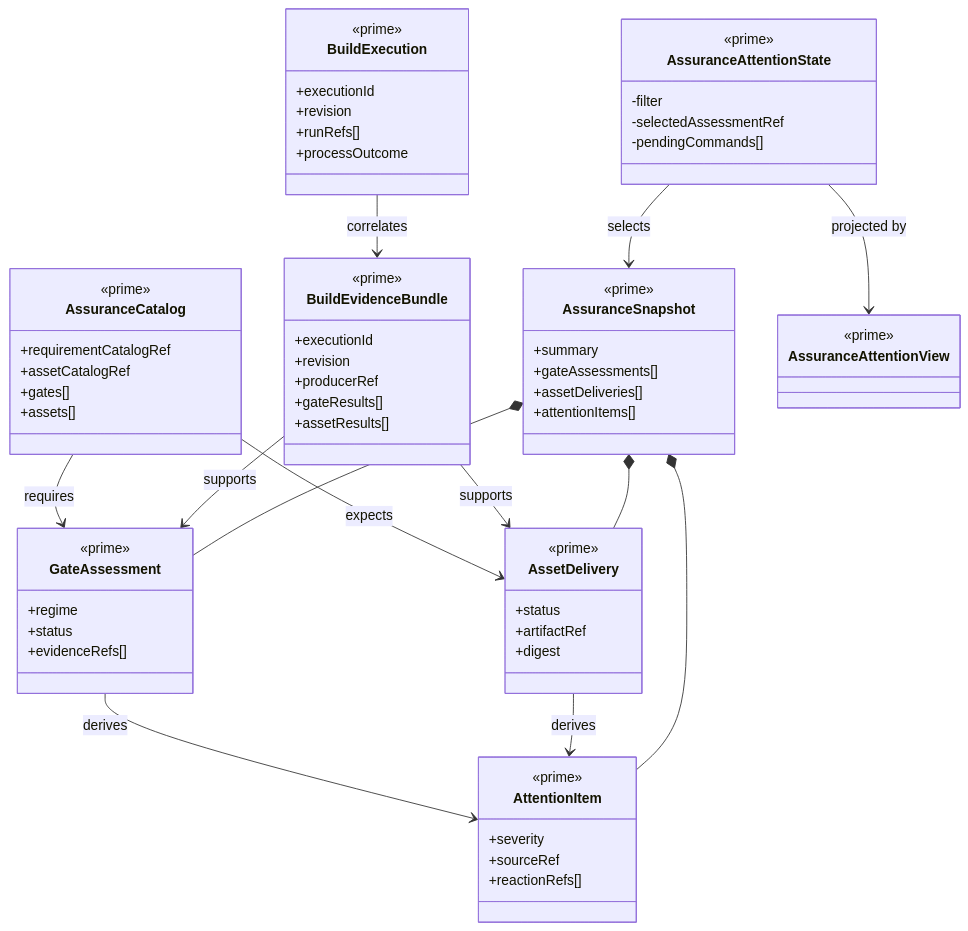
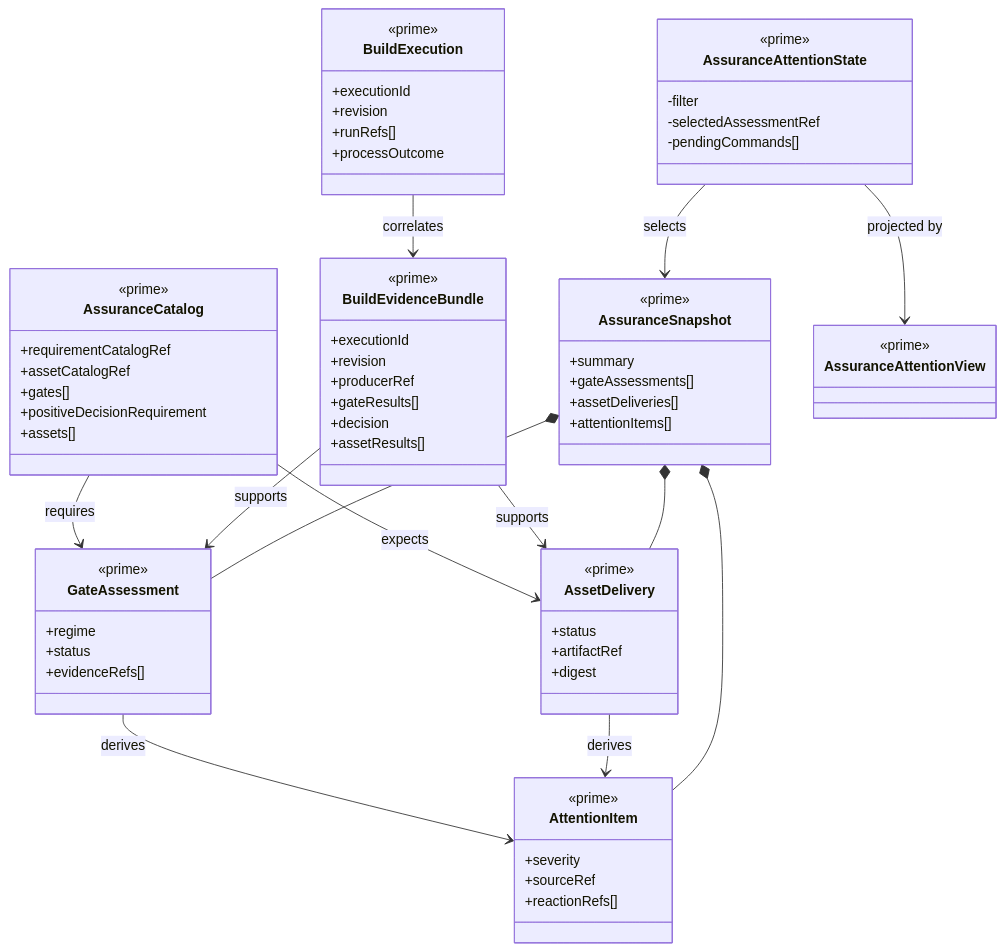
The diagram in build_tenants/react_vite/design/capabilities/assurance-attention.md (foolishimp/odd_manager), drawn with Mermaid before and after one commit. The commit also changed other lines of this file and 179 other files, not shown here.

```diff
--- a/build_tenants/react_vite/design/capabilities/assurance-attention.md
+++ b/build_tenants/react_vite/design/capabilities/assurance-attention.md
@@ -46,6 +53,7 @@
     +requirementCatalogRef
     +assetCatalogRef
     +gates[]
+    +positiveDecisionRequirement
     +assets[]
   }
   class BuildExecution {
@@ -63,6 +71,7 @@
     +revision
     +producerRef
     +gateResults[]
+    +decision
     +assetResults[]
   }
   class GateAssessment {
```
